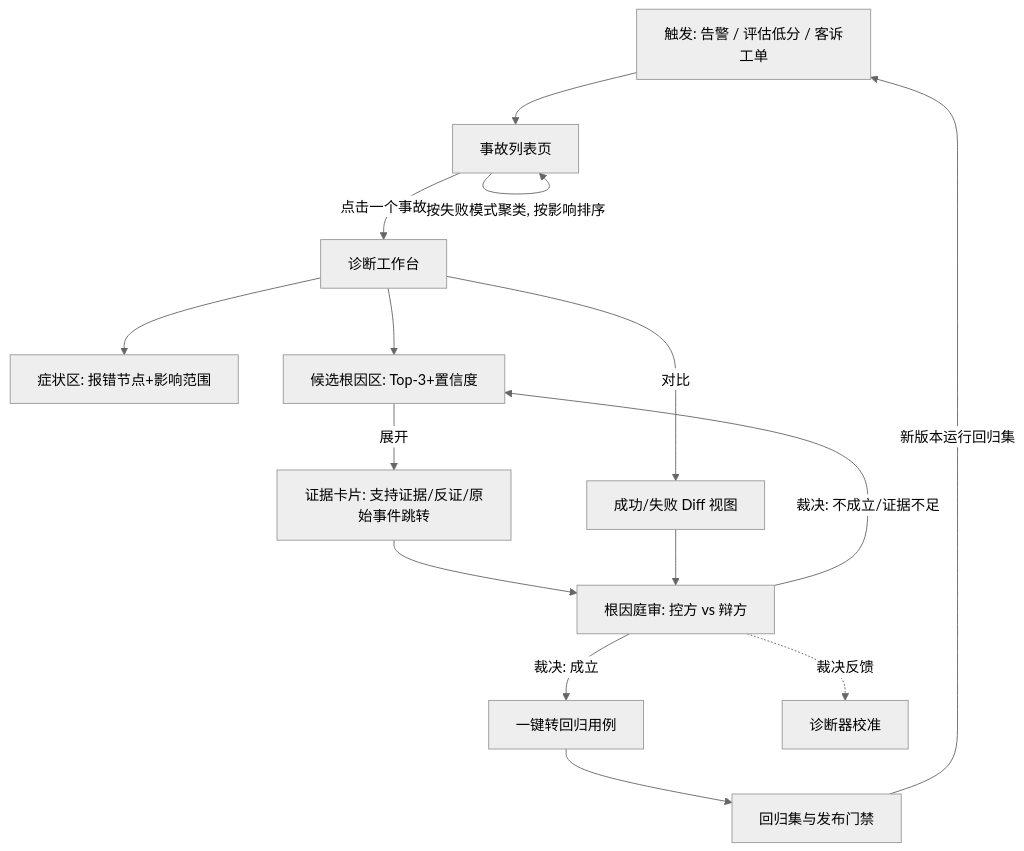
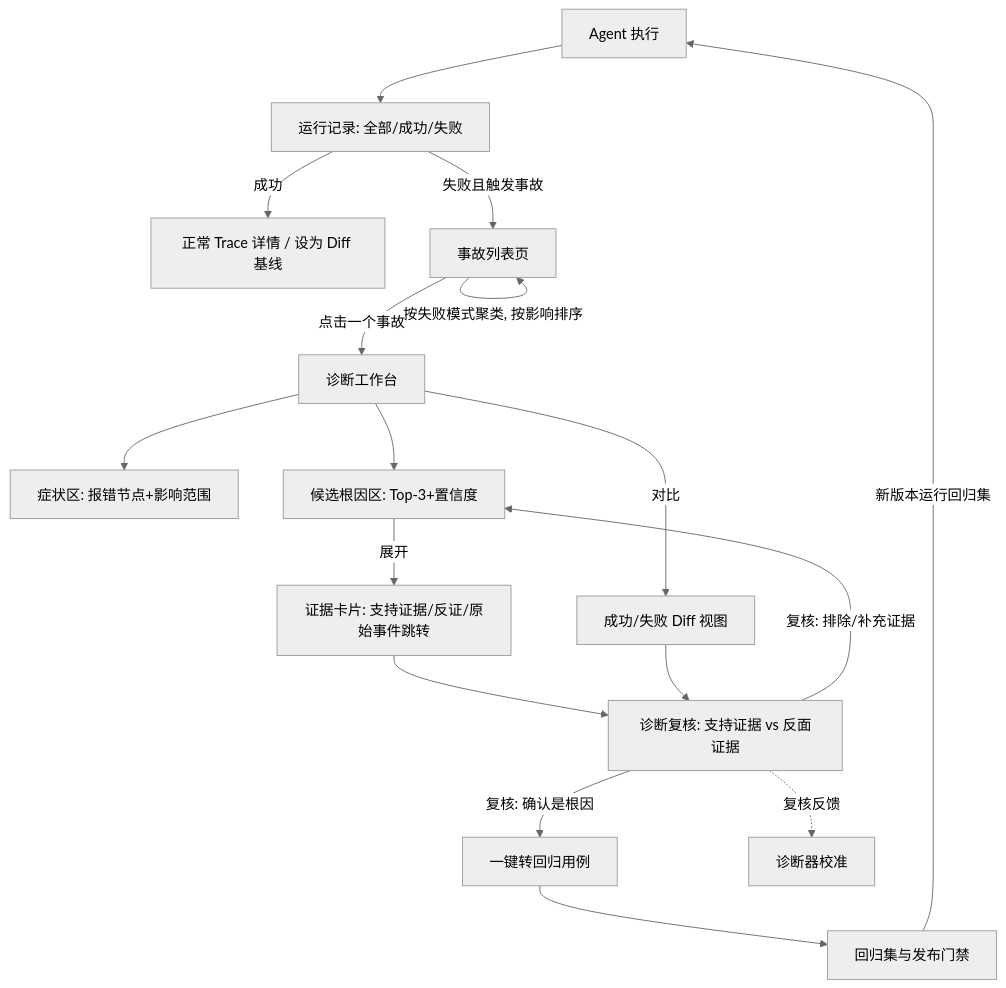
The second of 3 diagrams in second-week/agent-tracing-product-design.md (soberanisdiocelina703-sketch/agent-ob), drawn with Mermaid (neutral theme) before and after one commit. The commit also changed other lines of this file and 4 other files, not shown here.

````diff
--- a/second-week/agent-tracing-product-design.md
+++ b/second-week/agent-tracing-product-design.md
@@ -67,17 +71,19 @@
 ```mermaid
 flowchart TB
-  T1[触发: 告警 / 评估低分 / 客诉工单] --> P1[事故列表页]
+  T1[Agent 执行] --> R0[运行记录: 全部/成功/失败]
+  R0 -->|成功| N0[正常 Trace 详情 / 设为 Diff 基线]
+  R0 -->|失败且触发事故| P1[事故列表页]
   P1 -->|按失败模式聚类, 按影响排序| P1
   P1 -->|点击一个事故| P2[诊断工作台]
   P2 --> P2a[症状区: 报错节点+影响范围]
   P2 --> P2b[候选根因区: Top-3+置信度]
   P2b -->|展开| P3[证据卡片: 支持证据/反证/原始事件跳转]
   P2 -->|对比| P4[成功/失败 Diff 视图]
-  P3 --> P5[根因庭审: 控方 vs 辩方]
+  P3 --> P5[诊断复核: 支持证据 vs 反面证据]
   P4 --> P5
-  P5 -->|裁决: 成立| P6[一键转回归用例]
-  P5 -->|裁决: 不成立/证据不足| P2b
+  P5 -->|复核: 确认是根因| P6[一键转回归用例]
+  P5 -->|复核: 排除/补充证据| P2b
   P6 --> P7[回归集与发布门禁]
   P7 -->|新版本运行回归集| T1
-  P5 -.裁决反馈.-> M[诊断器校准]
+  P5 -.复核反馈.-> M[诊断器校准]
 ```
````
